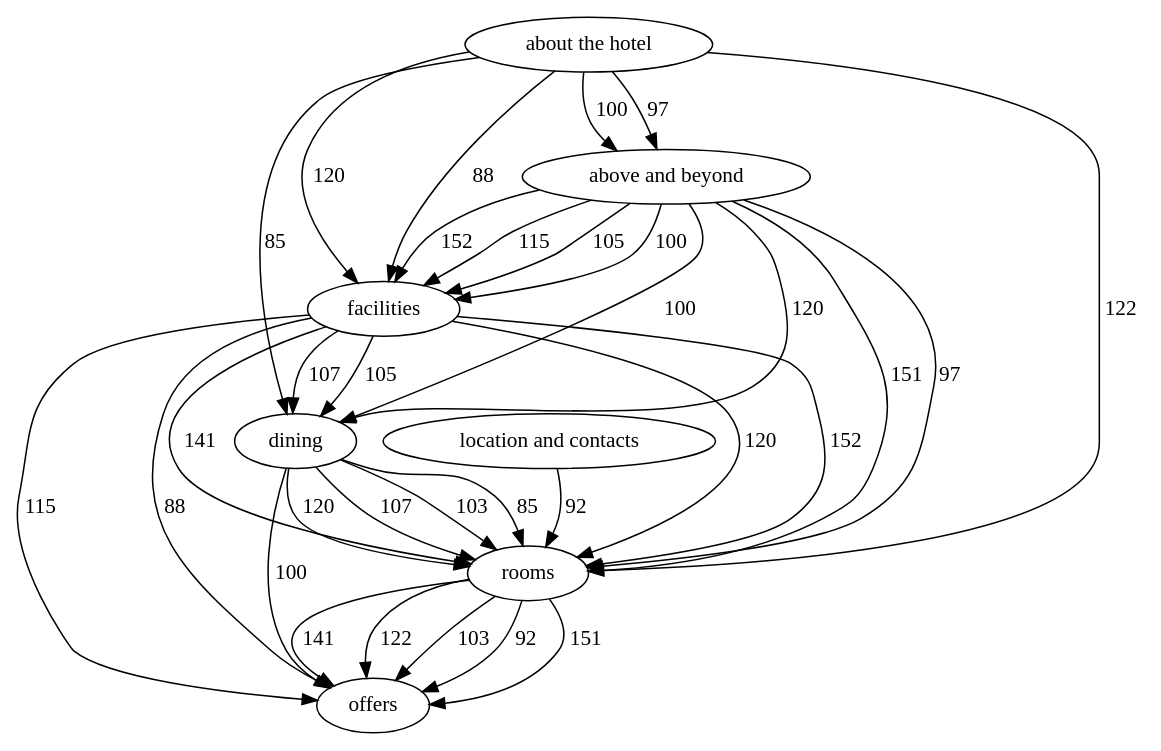
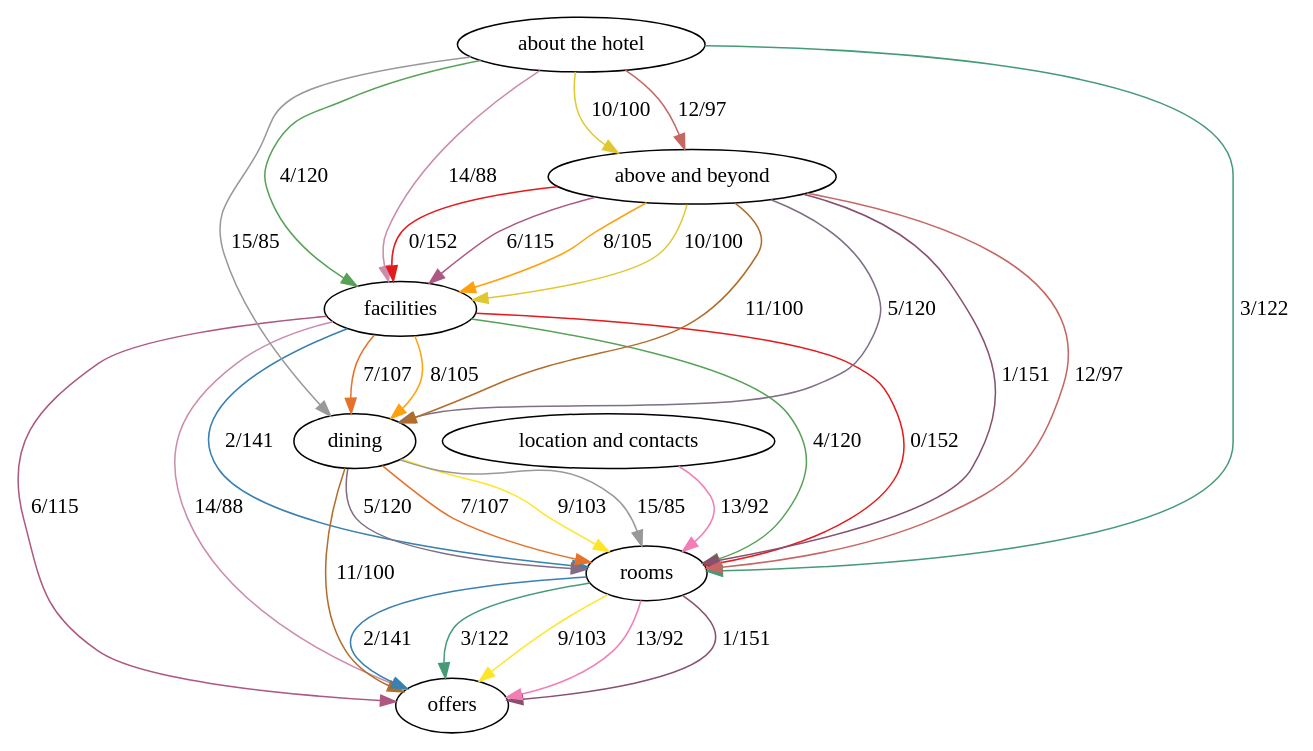
One commit to alexcu/sit742-a2-report changed the diagram in dot/au_requests.dot. Above: the diagram before and after it, drawn with Graphviz. The commit also changed 32 other files, not shown here.

Commit message:
Update dot graphs for latest coloring

```diff
--- a/dot/au_requests.dot
+++ b/dot/au_requests.dot
@@ -1,42 +1,42 @@
 digraph "" {
 layout="dot";
 facilities;
 "about the hotel";
 dining;
 offers;
 rooms;
 "above and beyond";
 "location and contacts";
-facilities -> dining  [key=0, label=107, weight=107];
-facilities -> dining  [key=1, label=105, weight=105];
-facilities -> offers  [key=0, label=115, weight=115];
-facilities -> offers  [key=1, label=88, weight=88];
-facilities -> rooms  [key=0, label=152, weight=152];
-facilities -> rooms  [key=1, label=141, weight=141];
-facilities -> rooms  [key=2, label=120, weight=120];
-"about the hotel" -> dining  [key=0, label=85, weight=85];
-"about the hotel" -> facilities  [key=0, label=120, weight=120];
-"about the hotel" -> facilities  [key=1, label=88, weight=88];
-"about the hotel" -> rooms  [key=0, label=122, weight=122];
-"about the hotel" -> "above and beyond"  [key=0, label=100, weight=100];
-"about the hotel" -> "above and beyond"  [key=1, label=97, weight=97];
-dining -> offers  [key=0, label=100, weight=100];
-dining -> rooms  [key=0, label=120, weight=120];
-dining -> rooms  [key=1, label=107, weight=107];
-dining -> rooms  [key=2, label=103, weight=103];
-dining -> rooms  [key=3, label=85, weight=85];
-rooms -> offers  [key=0, label=151, weight=151];
-rooms -> offers  [key=1, label=141, weight=141];
-rooms -> offers  [key=2, label=122, weight=122];
-rooms -> offers  [key=3, label=103, weight=103];
-rooms -> offers  [key=4, label=92, weight=92];
-"above and beyond" -> facilities  [key=0, label=152, weight=152];
-"above and beyond" -> facilities  [key=1, label=115, weight=115];
-"above and beyond" -> facilities  [key=2, label=105, weight=105];
-"above and beyond" -> facilities  [key=3, label=100, weight=100];
-"above and beyond" -> rooms  [key=0, label=151, weight=151];
-"above and beyond" -> rooms  [key=1, label=97, weight=97];
-"above and beyond" -> dining  [key=0, label=120, weight=120];
-"above and beyond" -> dining  [key=1, label=100, weight=100];
-"location and contacts" -> rooms  [key=0, label=92, weight=92];
+facilities -> dining  [color="#e4722b", key=0, label="7/107", weight=107];
+facilities -> dining  [color="#ffa10e", key=1, label="8/105", weight=105];
+facilities -> offers  [color="#ad5882", key=0, label="6/115", weight=115];
+facilities -> offers  [color="#cb8cad", key=1, label="14/88", weight=88];
+facilities -> rooms  [color="#e41a1c", key=0, label="0/152", weight=152];
+facilities -> rooms  [color="#3881b1", key=1, label="2/141", weight=141];
+facilities -> rooms  [color="#57a256", key=2, label="4/120", weight=120];
+"about the hotel" -> dining  [color="#999999", key=0, label="15/85", weight=85];
+"about the hotel" -> facilities  [color="#57a256", key=0, label="4/120", weight=120];
+"about the hotel" -> facilities  [color="#cb8cad", key=1, label="14/88", weight=88];
+"about the hotel" -> rooms  [color="#449b76", key=0, label="3/122", weight=122];
+"about the hotel" -> "above and beyond"  [color="#e1c72f", key=0, label="10/100", weight=100];
+"about the hotel" -> "above and beyond"  [color="#c66764", key=1, label="12/97", weight=97];
+dining -> offers  [color="#b26d29", key=0, label="11/100", weight=100];
+dining -> rooms  [color="#7f6e85", key=0, label="5/120", weight=120];
+dining -> rooms  [color="#e4722b", key=1, label="7/107", weight=107];
+dining -> rooms  [color="#ffe529", key=2, label="9/103", weight=103];
+dining -> rooms  [color="#999999", key=3, label="15/85", weight=85];
+rooms -> offers  [color="#884f6f", key=0, label="1/151", weight=151];
+rooms -> offers  [color="#3881b1", key=1, label="2/141", weight=141];
+rooms -> offers  [color="#449b76", key=2, label="3/122", weight=122];
+rooms -> offers  [color="#ffe529", key=3, label="9/103", weight=103];
+rooms -> offers  [color="#f27eb5", key=4, label="13/92", weight=92];
+"above and beyond" -> facilities  [color="#e41a1c", key=0, label="0/152", weight=152];
+"above and beyond" -> facilities  [color="#ad5882", key=1, label="6/115", weight=115];
+"above and beyond" -> facilities  [color="#ffa10e", key=2, label="8/105", weight=105];
+"above and beyond" -> facilities  [color="#e1c72f", key=3, label="10/100", weight=100];
+"above and beyond" -> rooms  [color="#884f6f", key=0, label="1/151", weight=151];
+"above and beyond" -> rooms  [color="#c66764", key=1, label="12/97", weight=97];
+"above and beyond" -> dining  [color="#7f6e85", key=0, label="5/120", weight=120];
+"above and beyond" -> dining  [color="#b26d29", key=1, label="11/100", weight=100];
+"location and contacts" -> rooms  [color="#f27eb5", key=0, label="13/92", weight=92];
 }
```
